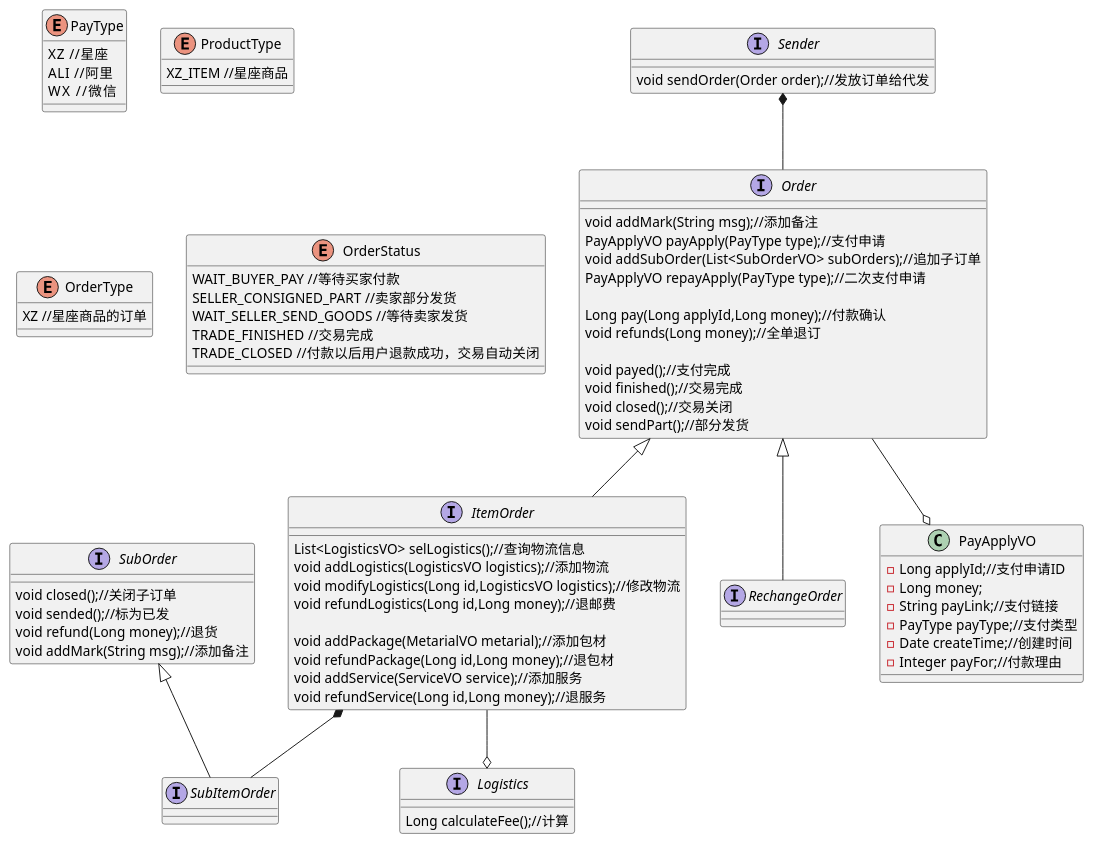
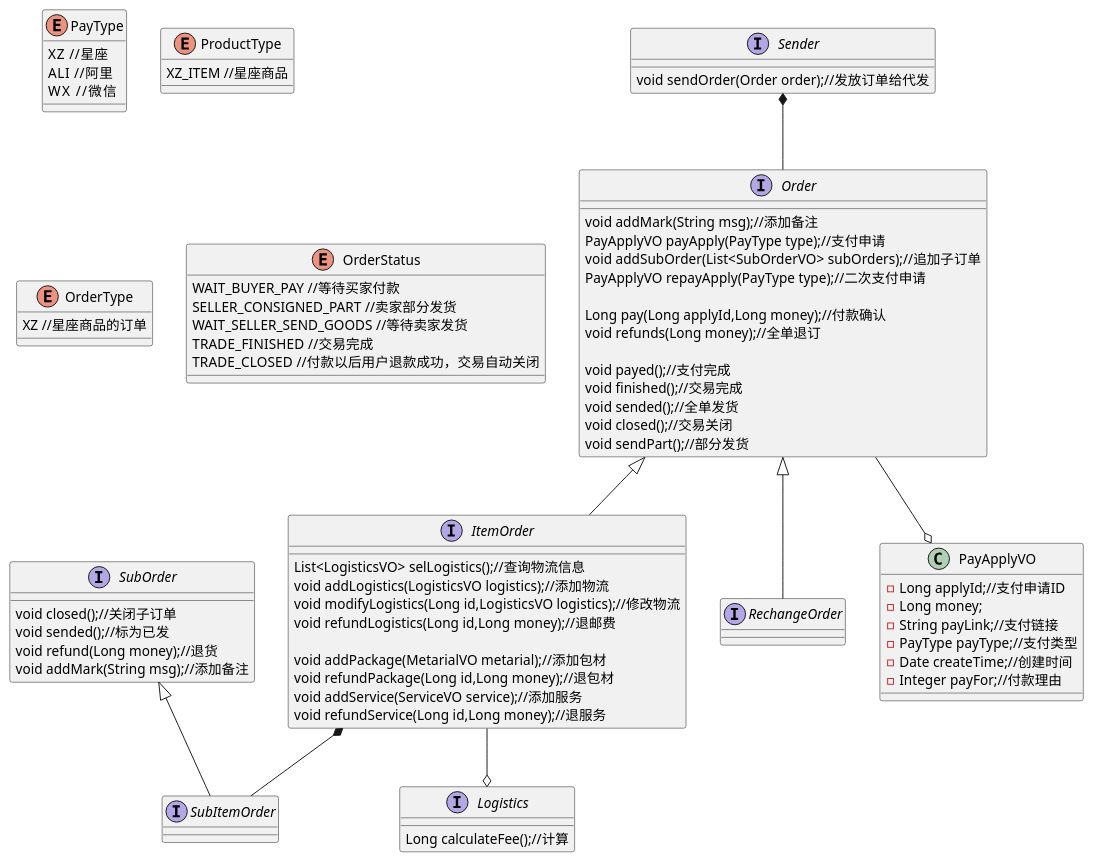
The diagram in main4-order/main4-order-api/src/main/resources/orderClass.puml (pogy/main-pom), drawn with PlantUML before and after one commit. The commit also changed 1 other file, not shown here.

```diff
--- a/main4-order/main4-order-api/src/main/resources/orderClass.puml
+++ b/main4-order/main4-order-api/src/main/resources/orderClass.puml
@@ -1,99 +1,100 @@
 @startuml
 enum PayType{
 XZ  //星座
 ALI  //阿里
 WX   //微信
 }
 
 interface Order{
 void addMark(String msg);//添加备注
 PayApplyVO payApply(PayType type);//支付申请
 void addSubOrder(List<SubOrderVO> subOrders);//追加子订单
 PayApplyVO repayApply(PayType type);//二次支付申请
 
 Long pay(Long applyId,Long money);//付款确认
 void refunds(Long money);//全单退订
 
 void payed();//支付完成
 void finished();//交易完成
+void sended();//全单发货
 void closed();//交易关闭
 void sendPart();//部分发货
 
 }
 
 interface ItemOrder{
 List<LogisticsVO> selLogistics();//查询物流信息
 void addLogistics(LogisticsVO logistics);//添加物流
 void modifyLogistics(Long id,LogisticsVO logistics);//修改物流
 void refundLogistics(Long id,Long money);//退邮费
 
 void addPackage(MetarialVO metarial);//添加包材
 void refundPackage(Long id,Long money);//退包材
 void addService(ServiceVO service);//添加服务
 void refundService(Long id,Long money);//退服务
 }
 
 interface RechangeOrder{
 
 }
 
 interface SubOrder{
 void closed();//关闭子订单
 void sended();//标为已发
 void refund(Long money);//退货
 void addMark(String msg);//添加备注
 }
 
 interface SubItemOrder{
 
 }
 
 interface Logistics{
 Long calculateFee();//计算
 }
 
 interface Sender{
 void sendOrder(Order order);//发放订单给代发
 }
 
 enum ProductType{
 XZ_ITEM //星座商品
 
 }
 
 enum OrderType{
 XZ //星座商品的订单
 
 }
 
 enum OrderStatus{
 WAIT_BUYER_PAY //等待买家付款
 SELLER_CONSIGNED_PART //卖家部分发货
 WAIT_SELLER_SEND_GOODS //等待卖家发货
 TRADE_FINISHED  //交易完成
 TRADE_CLOSED  //付款以后用户退款成功，交易自动关闭
 
 }
 
 
 
 class PayApplyVO{
 -Long applyId;//支付申请ID
 -Long money;
 -String payLink;//支付链接
 -PayType payType;//支付类型
 -Date createTime;//创建时间
 -Integer payFor;//付款理由
 }
 
 SubOrder <|-- SubItemOrder
 Order <|-- ItemOrder
 ItemOrder --o Logistics
 Order <|-- RechangeOrder
 ItemOrder *-- SubItemOrder
 Sender *-- Order
 
 Order --o PayApplyVO
 
 
 @enduml
```
